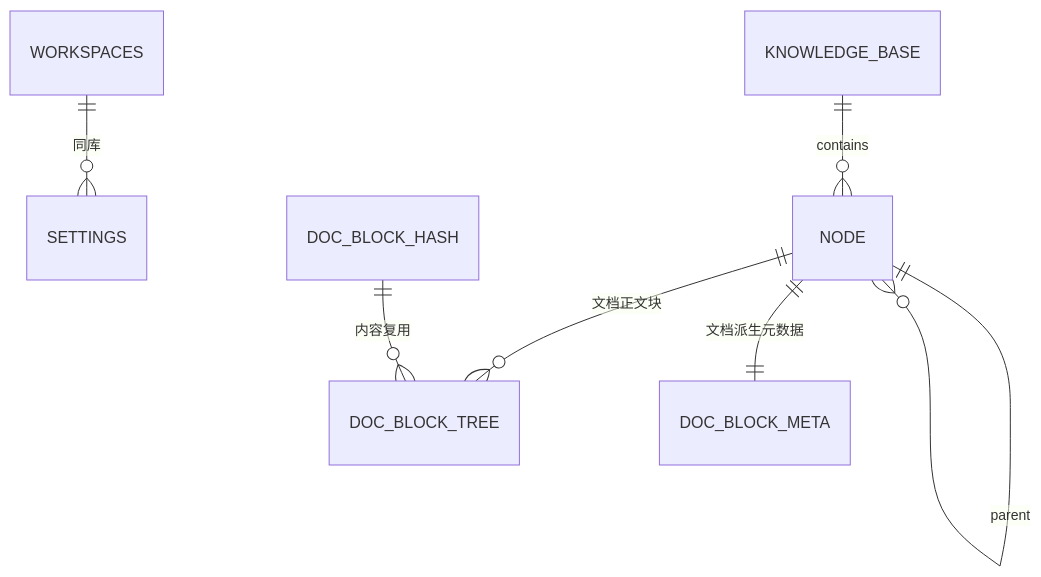
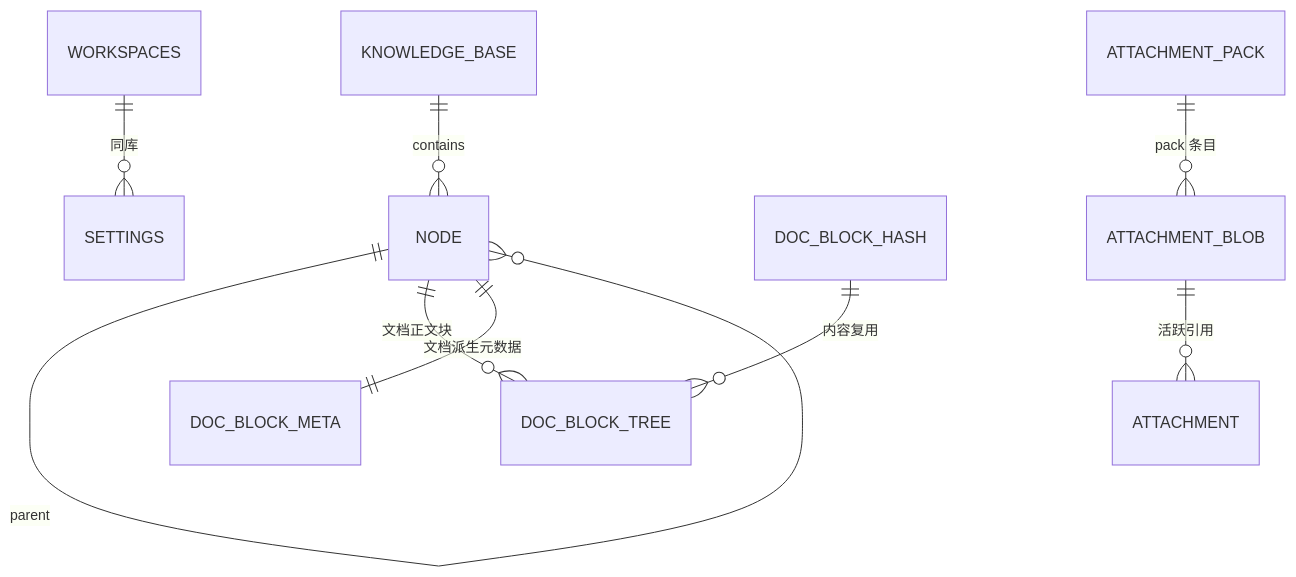
Before and after one commit to jh1397208932/jh-starrs-rust: the diagram in docs/开发/数据库设计与迁移.md, drawn with Mermaid. The commit also changed other lines of this file and 171 other files, not shown here.

````diff
--- a/docs/开发/数据库设计与迁移.md
+++ b/docs/开发/数据库设计与迁移.md
@@ -111,9 +162,11 @@
 ```mermaid
 erDiagram
   WORKSPACES ||--o{ SETTINGS : "同库"
   KNOWLEDGE_BASE ||--o{ NODE : contains
   NODE ||--o{ NODE : parent
   NODE ||--o{ DOC_BLOCK_TREE : "文档正文块"
   NODE ||--|| DOC_BLOCK_META : "文档派生元数据"
   DOC_BLOCK_HASH ||--o{ DOC_BLOCK_TREE : "内容复用"
+  ATTACHMENT_PACK ||--o{ ATTACHMENT_BLOB : "pack 条目"
+  ATTACHMENT_BLOB ||--o{ ATTACHMENT : "活跃引用"
 ```
````
